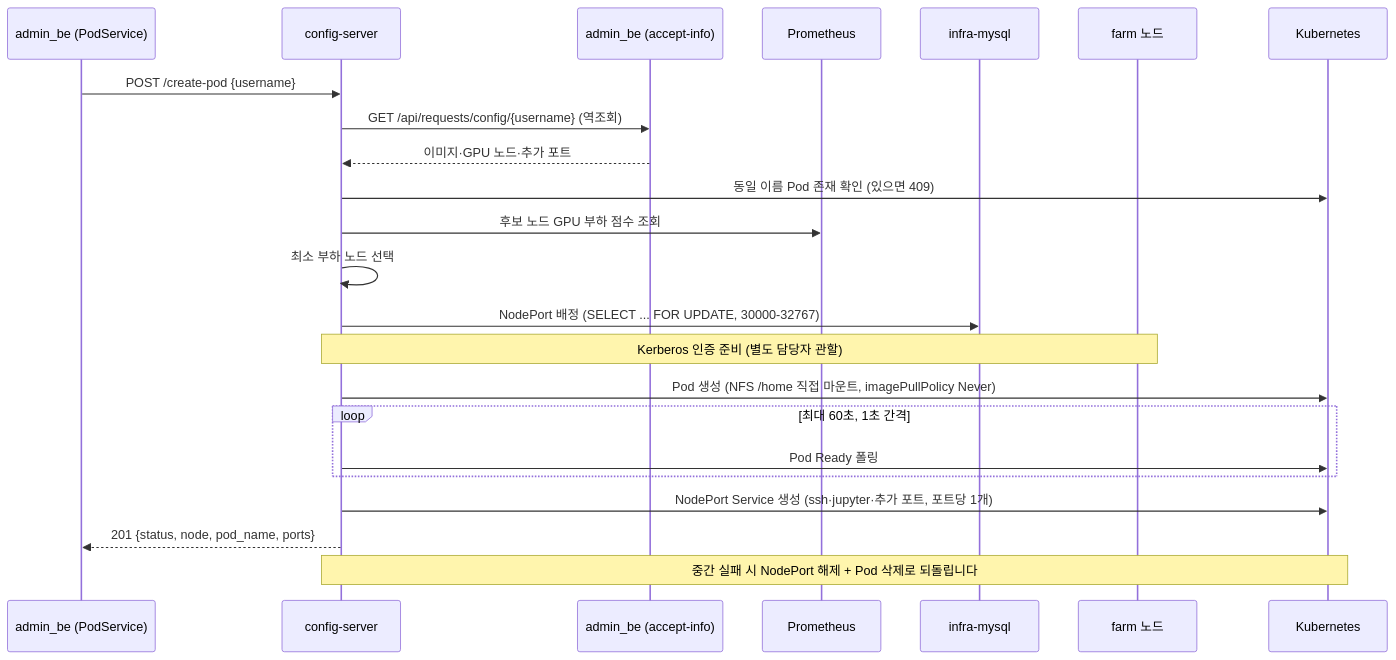
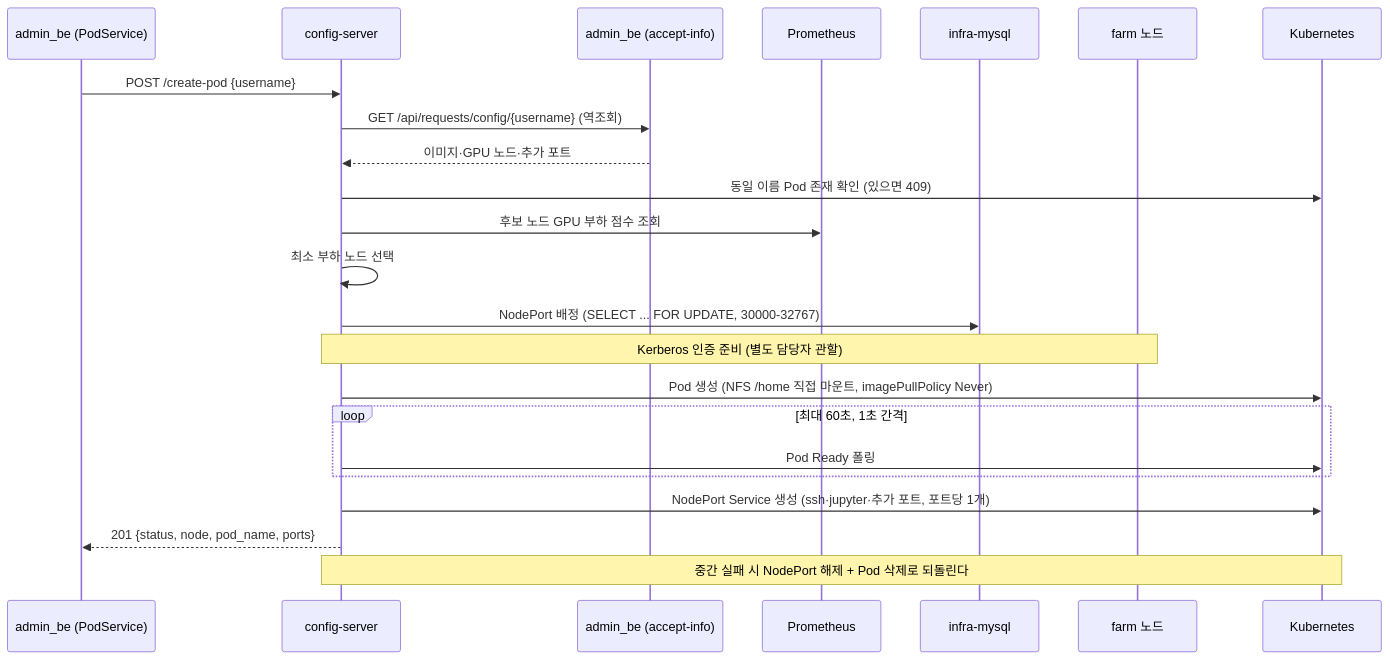
Before and after one commit to CSID-DGU/admin_wiki: the first of 2 diagrams in md/infra/operations/API-레퍼런스.md, drawn with Mermaid. The commit also changed other lines of this file and 9 other files, not shown here.

````diff
--- a/md/infra/operations/API-레퍼런스.md
+++ b/md/infra/operations/API-레퍼런스.md
@@ -83,26 +81,26 @@
 ```mermaid
 sequenceDiagram
     participant BE as admin_be (PodService)
     participant CS as config-server
     participant WAS as admin_be (accept-info)
     participant PROM as Prometheus
     participant DB as infra-mysql
     participant FARM as farm 노드
     participant K as Kubernetes
 
     BE->>CS: POST /create-pod {username}
     CS->>WAS: GET /api/requests/config/{username} (역조회)
     WAS-->>CS: 이미지·GPU 노드·추가 포트
     CS->>K: 동일 이름 Pod 존재 확인 (있으면 409)
     CS->>PROM: 후보 노드 GPU 부하 점수 조회
     CS->>CS: 최소 부하 노드 선택
     CS->>DB: NodePort 배정 (SELECT ... FOR UPDATE, 30000-32767)
     Note over CS,FARM: Kerberos 인증 준비 (별도 담당자 관할)
     CS->>K: Pod 생성 (NFS /home 직접 마운트, imagePullPolicy Never)
     loop 최대 60초, 1초 간격
         CS->>K: Pod Ready 폴링
     end
     CS->>K: NodePort Service 생성 (ssh·jupyter·추가 포트, 포트당 1개)
     CS-->>BE: 201 {status, node, pod_name, ports}
-    Note over CS,K: 중간 실패 시 NodePort 해제 + Pod 삭제로 되돌립니다
+    Note over CS,K: 중간 실패 시 NodePort 해제 + Pod 삭제로 되돌린다
 ```
````
